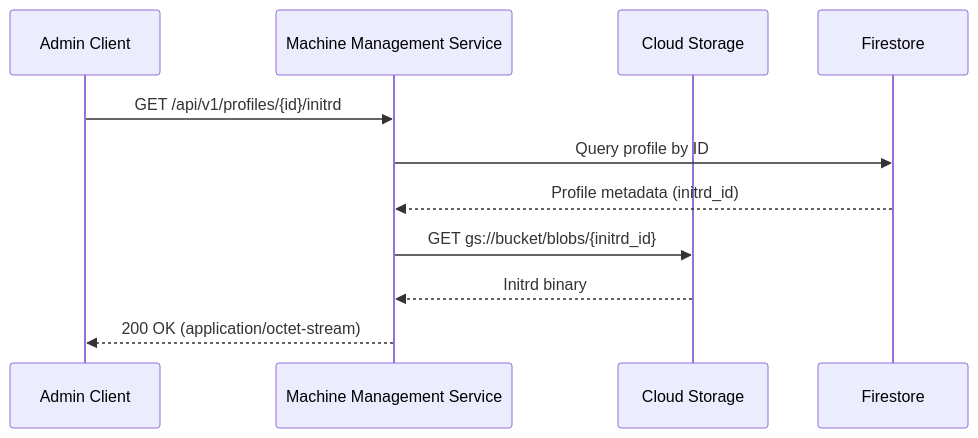
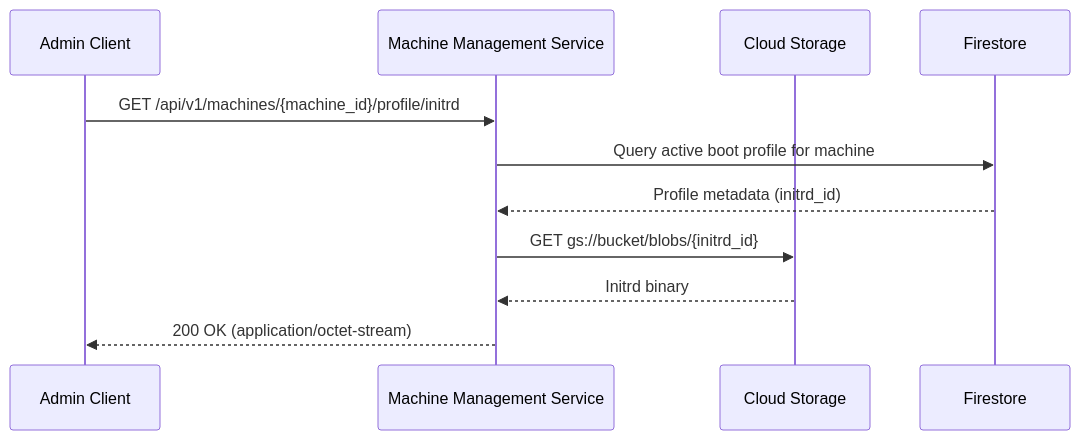
Before and after one commit to Zaba505/infra: the fourth of 11 diagrams in docs/content/r&d/services/machine-mgmt/api.md, drawn with Mermaid. The commit also changed other lines of this file and 1 other file, not shown here.

````diff
--- a/docs/content/r&d/services/machine-mgmt/api.md
+++ b/docs/content/r&d/services/machine-mgmt/api.md
@@ -285,14 +235,14 @@
 ```mermaid
 sequenceDiagram
     participant Client as Admin Client
     participant API as Machine Management Service
     participant Storage as Cloud Storage
     participant DB as Firestore
     
-    Client->>API: GET /api/v1/profiles/{id}/initrd
-    API->>DB: Query profile by ID
+    Client->>API: GET /api/v1/machines/{machine_id}/profile/initrd
+    API->>DB: Query active boot profile for machine
     DB-->>API: Profile metadata (initrd_id)
     API->>Storage: GET gs://bucket/blobs/{initrd_id}
     Storage-->>API: Initrd binary
     API-->>Client: 200 OK (application/octet-stream)
 ```
````
